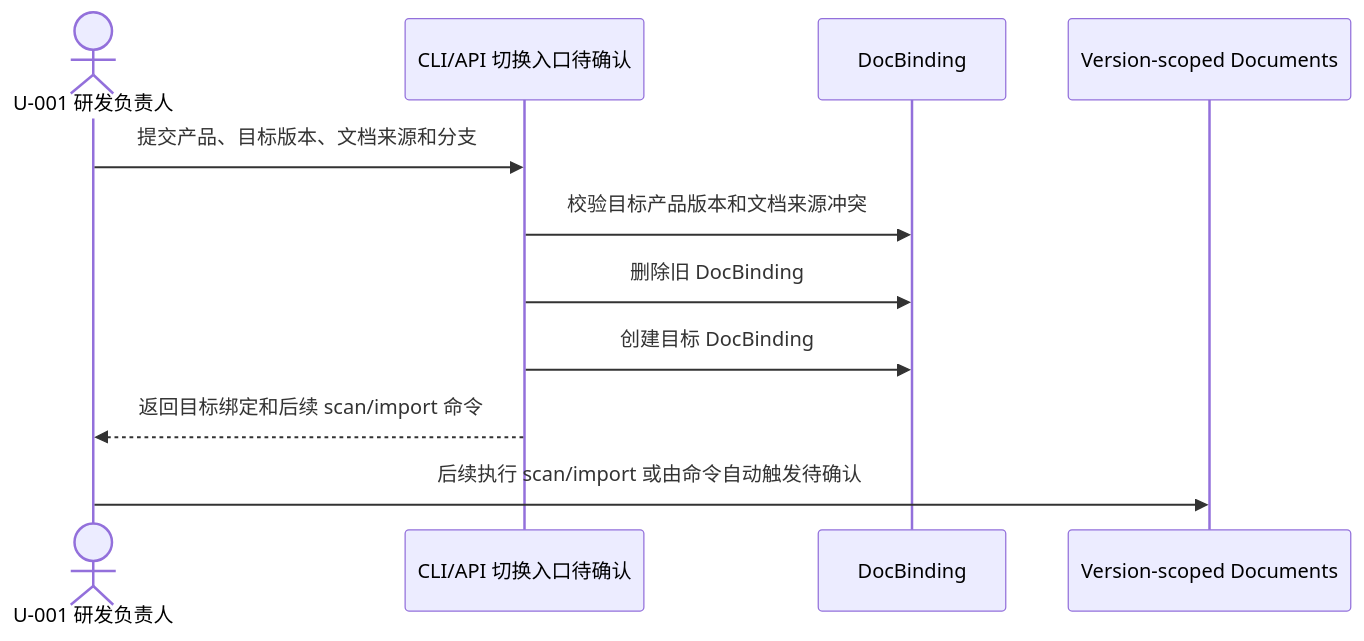
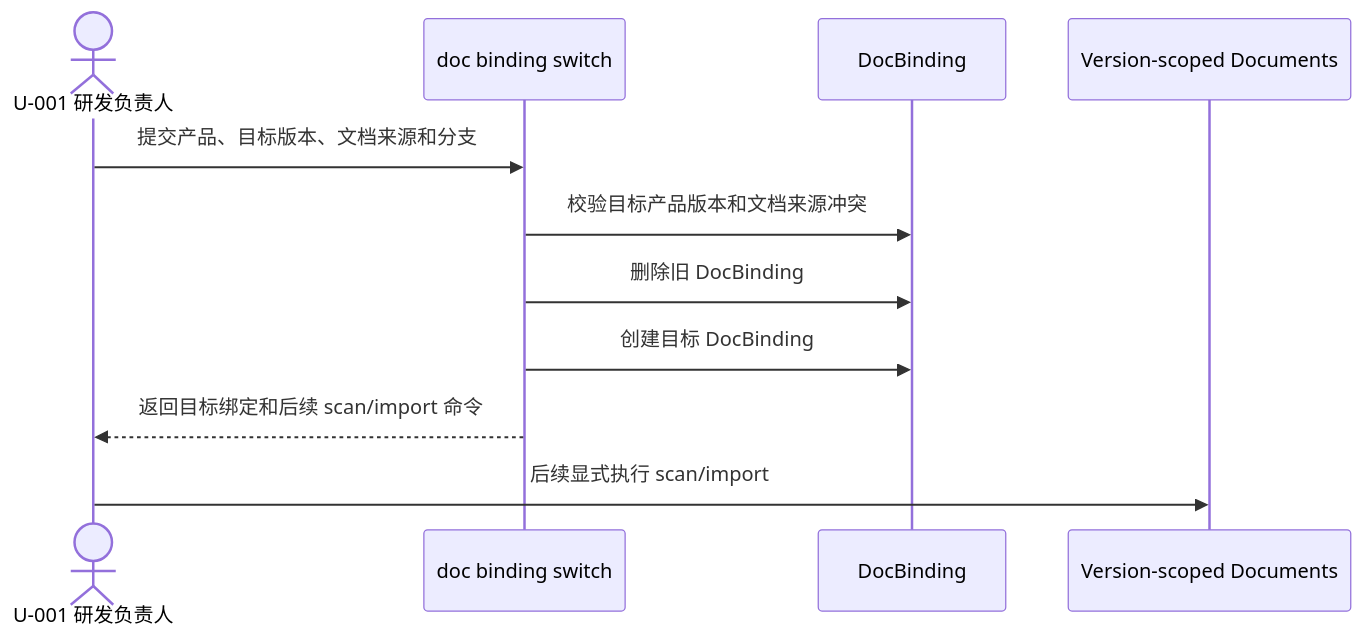
Before and after one commit to XuJiachengZust/NeoDev: the fourth of 4 diagrams in docs/requirements/doc-binding-switch/01-master-prd.md, drawn with Mermaid. The commit also changed other lines of this file and 4 other files, not shown here.

Commit message:
docs: refine doc binding switch requirements

````diff
--- a/docs/requirements/doc-binding-switch/01-master-prd.md
+++ b/docs/requirements/doc-binding-switch/01-master-prd.md
@@ -180,13 +186,13 @@
 ```mermaid
 sequenceDiagram
   actor User as U-001 研发负责人
-  participant CLI as CLI/API 切换入口待确认
+  participant CLI as doc binding switch
   participant Binding as DocBinding
   participant Docs as Version-scoped Documents
   User->>CLI: 提交产品、目标版本、文档来源和分支
   CLI->>Binding: 校验目标产品版本和文档来源冲突
   CLI->>Binding: 删除旧 DocBinding
   CLI->>Binding: 创建目标 DocBinding
   CLI-->>User: 返回目标绑定和后续 scan/import 命令
-  User->>Docs: 后续执行 scan/import 或由命令自动触发待确认
+  User->>Docs: 后续显式执行 scan/import
 ```
````
